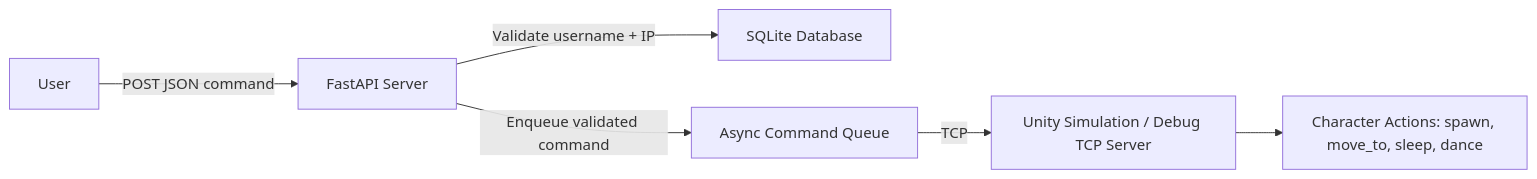
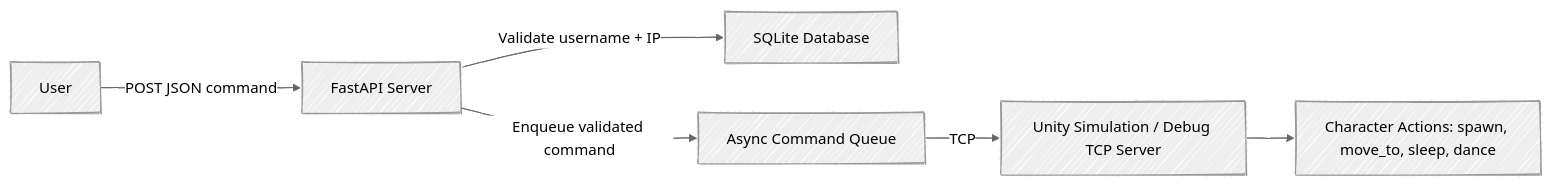
One commit to Greg-Chinnici/async-game-simulation changed the diagram in README.md. Above: the diagram before and after it, drawn with Mermaid.

Commit message:
diagram theme

````diff
--- a/README.md
+++ b/README.md
@@ -14,8 +14,13 @@
 ```mermaid
+---
+config:
+  look: handDrawn
+  theme: neutral
+---
 flowchart LR
     A[User] -->|POST JSON command| B[FastAPI Server]
     B -->|Validate username + IP| C[SQLite Database]
     B -->|Enqueue validated command| D[Async Command Queue]
     D -->|TCP| E[Unity Simulation / Debug TCP Server]
     E --> F[Character Actions: spawn, move_to, sleep, dance]
 ```
````
